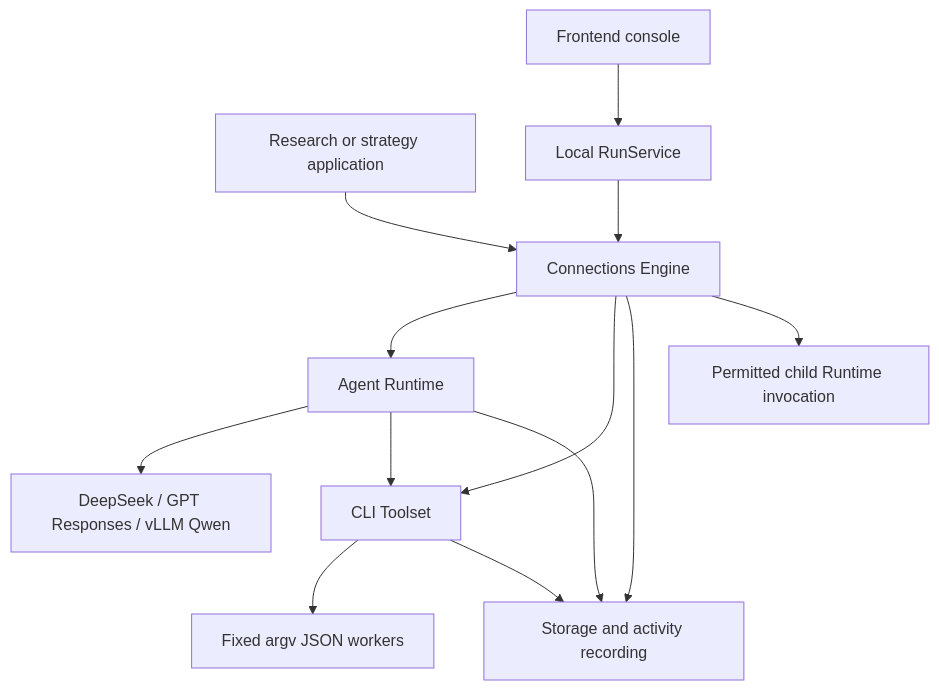
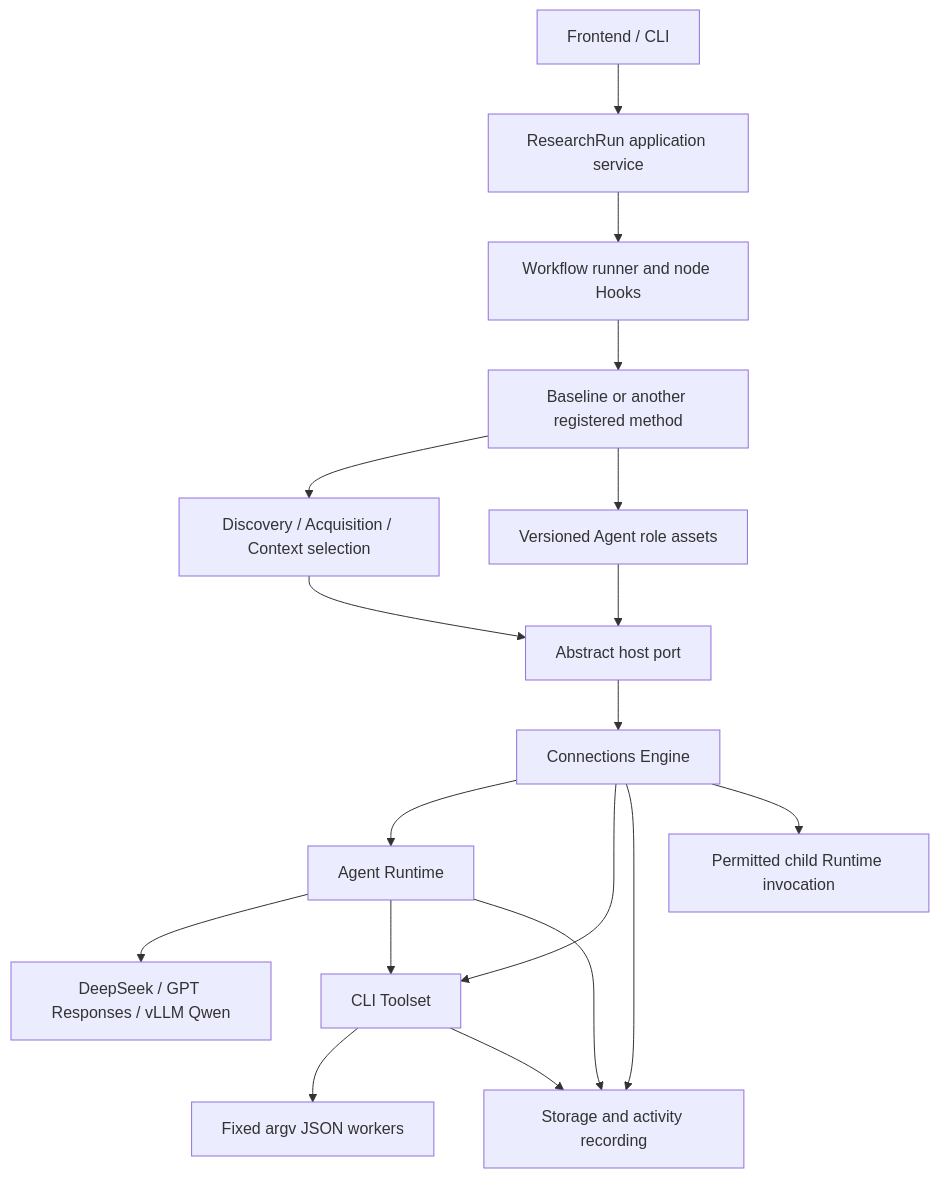
The diagram in README.md (ZhuoQiuMcgill/DeepResearchEngine), drawn with Mermaid before and after one commit. The commit also changed other lines of this file and 156 other files, not shown here.

Commit message:
feat: deliver modular research workflows and baseline pipeline

````diff
--- a/README.md
+++ b/README.md
@@ -84,15 +99,20 @@
 ```mermaid
 flowchart TD
-    Application[Research or strategy application] --> Connections[Connections Engine]
-    Console[Frontend console] --> Service[Local RunService]
-    Service --> Connections
+    Console[Frontend / CLI] --> Service[ResearchRun application service]
+    Service --> Runner[Workflow runner and node Hooks]
+    Runner --> Method[Baseline or another registered method]
+    Method --> Components[Discovery / Acquisition / Context selection]
+    Method --> Catalog[Versioned Agent role assets]
+    Components --> Port[Abstract host port]
+    Catalog --> Port
+    Port --> Connections[Connections Engine]
     Connections --> Runtime[Agent Runtime]
     Connections --> Toolset[CLI Toolset]
     Connections --> Storage[Storage and activity recording]
     Runtime --> Providers[DeepSeek / GPT Responses / vLLM Qwen]
     Runtime --> Toolset
     Runtime --> Storage
     Toolset --> Workers[Fixed argv JSON workers]
     Toolset --> Storage
     Connections --> Child[Permitted child Runtime invocation]
 ```
````
